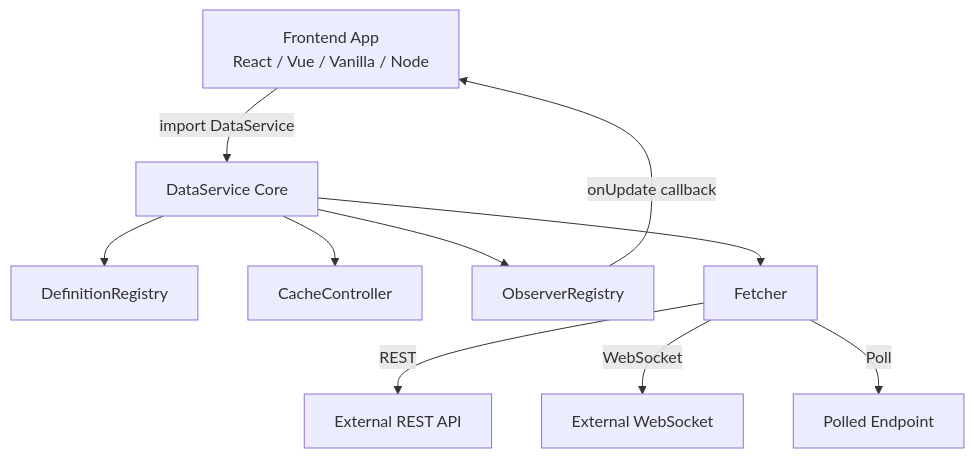
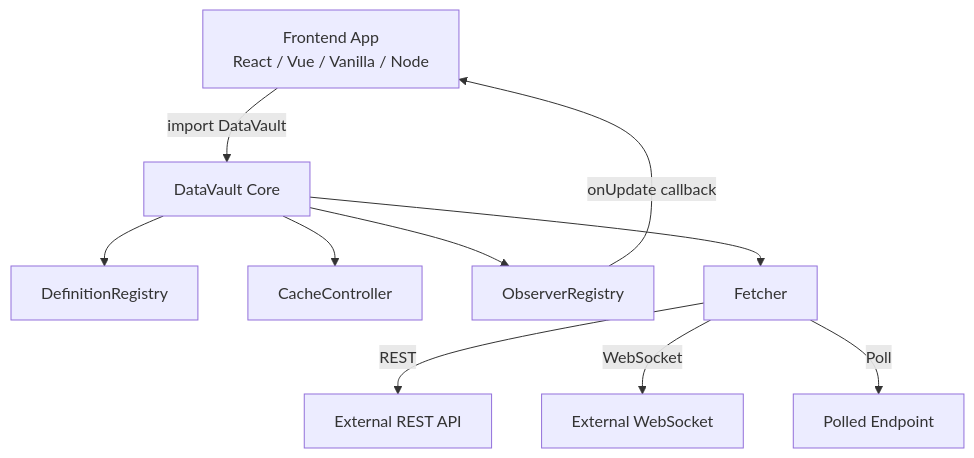
One commit to BanditIntInc/DataVault changed the first of 6 diagrams in wiki/Architecture.md. Above: the diagram before and after it, drawn with Mermaid. The commit also changed other lines of this file and 23 other files, not shown here.

Commit message:
refactor: rename DataService → DataVault throughout

````diff
--- a/wiki/Architecture.md
+++ b/wiki/Architecture.md
@@ -11,12 +11,12 @@
 ```mermaid
 graph TD
-    A[Frontend App<br/>React / Vue / Vanilla / Node] -->|import DataService| DS[DataService Core]
+    A[Frontend App<br/>React / Vue / Vanilla / Node] -->|import DataVault| DS[DataVault Core]
     DS --> DR[DefinitionRegistry]
     DS --> CC[CacheController]
     DS --> OR[ObserverRegistry]
     DS --> FE[Fetcher]
     FE -->|REST| R[External REST API]
     FE -->|WebSocket| W[External WebSocket]
     FE -->|Poll| P[Polled Endpoint]
     OR -->|onUpdate callback| A
 ```
````
